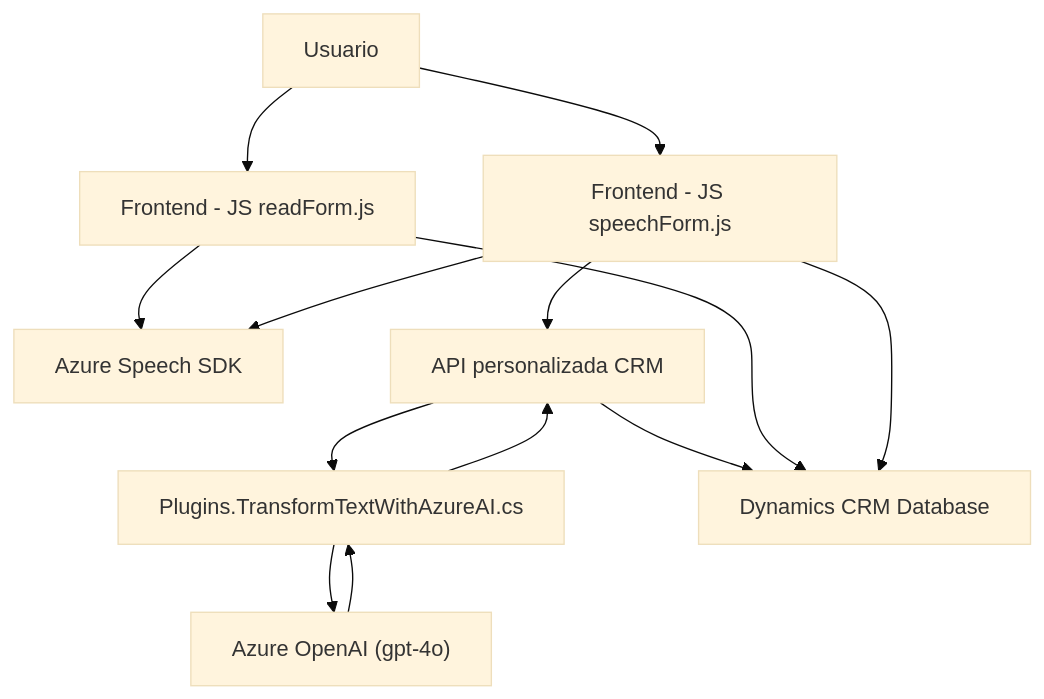
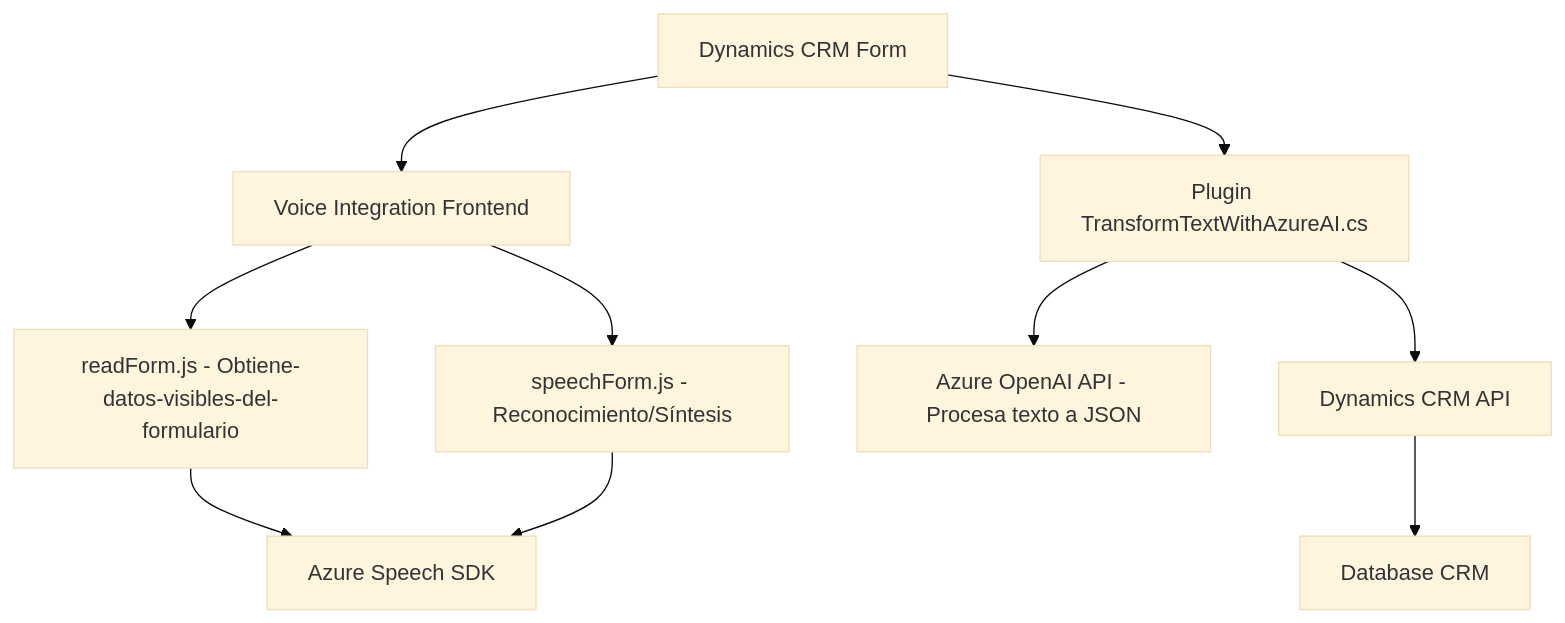
One commit to blopezdm/NETCORE_BILBAO2025 changed the diagram in README.md. Above: the diagram before and after it, drawn with Mermaid (base theme). The commit also changed other lines of this file, not shown here.

````diff
--- a/README.md
+++ b/README.md
@@ -36,15 +62,12 @@
 ```mermaid
 graph TD
-    A["Usuario"] --> B["Frontend - JS readForm.js"]
-    A --> C["Frontend - JS speechForm.js"]
-    B --> D["Azure Speech SDK"]
-    C --> D
-    C --> E["API personalizada CRM"]
-    E --> F["Plugins.TransformTextWithAzureAI.cs"]
-    F --> G["Azure OpenAI (gpt-4o)"]
-    G --> F
-    F --> E
-    E --> H["Dynamics CRM Database"]
-    B --> H
-    C --> H
+    A["Dynamics CRM Form"] --> B["Voice Integration Frontend"]
+    B --> C["readForm.js - Obtiene-datos-visibles-del-formulario"]
+    B --> D["speechForm.js - Reconocimiento/Síntesis"]
+    C --> E["Azure Speech SDK"]
+    D --> E
+    A --> F["Plugin TransformTextWithAzureAI.cs"]
+    F --> G["Azure OpenAI API - Procesa texto a JSON"]
+    F --> H["Dynamics CRM API"]
+    H --> I["Database CRM"]
 ```
````
